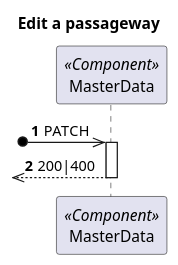
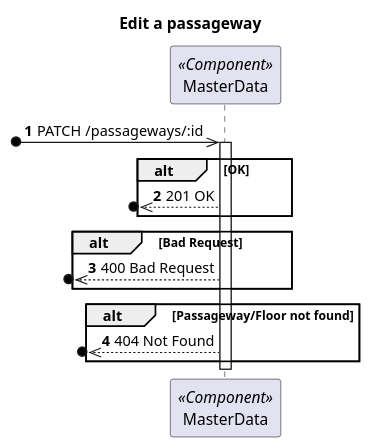
One commit to 1210910/lapr5 changed the diagram in docs/Vista Processo/US250/ProcessView_Level2_US250.puml. Above: the diagram before and after it, drawn with PlantUML. The commit also changed 14 other files, not shown here.

```diff
--- a/docs/Vista Processo/US250/ProcessView_Level2_US250.puml
+++ b/docs/Vista Processo/US250/ProcessView_Level2_US250.puml
@@ -1,17 +1,25 @@
 @startuml
 'https://plantuml.com/sequence-diagram
 
 autonumber
 
 skinparam packageStyle rect
 
 title Edit a passageway
 
 participant "MasterData" as MD <<Component>>
 
-?o->> MD : PATCH
+?o->> MD : PATCH /passageways/:id
 
 activate MD
-?o<<-- MD : 200|400
+alt OK
+   ?o<<--MD : 201 OK
+end
+alt Bad Request
+   ?o<<--MD : 400 Bad Request
+end
+alt Passageway/Floor not found
+   ?o<<--MD : 404 Not Found
+end
 deactivate MD
 @enduml
```
